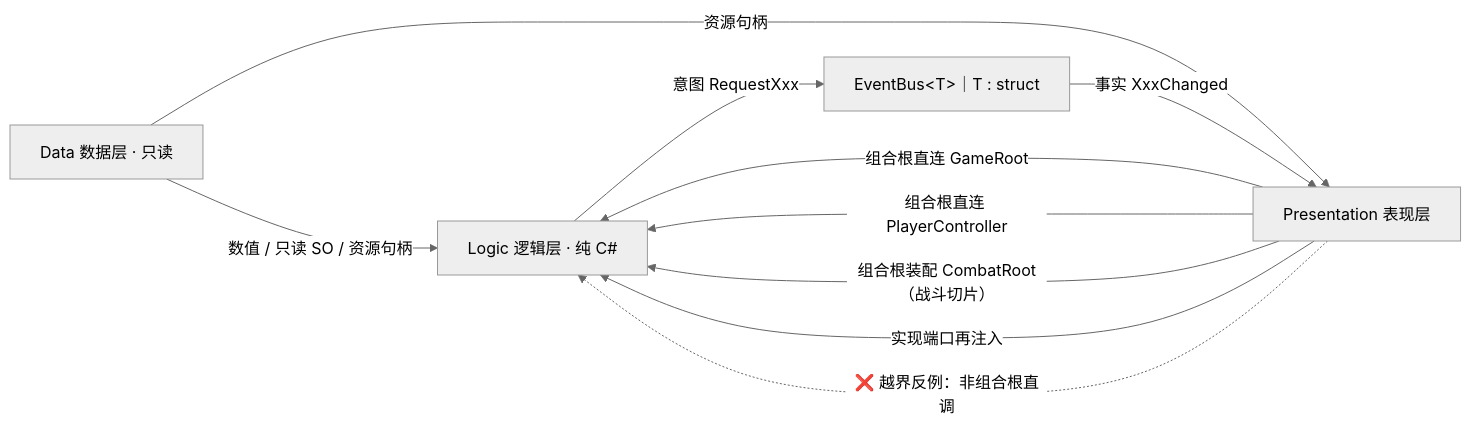
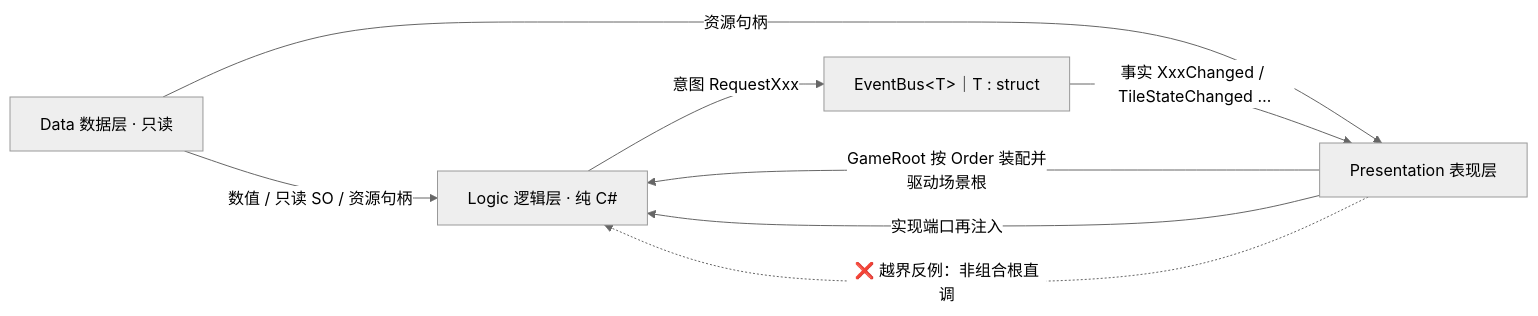
Before and after one commit to 5FYZhou/deepseaoil: the first of 3 diagrams in Docs/框架设计/框架蓝图.md, drawn with Mermaid (neutral theme). The commit also changed other lines of this file and 13 other files, not shown here.

````diff
--- a/Docs/框架设计/框架蓝图.md
+++ b/Docs/框架设计/框架蓝图.md
@@ -11,15 +12,13 @@
 ```mermaid
 flowchart LR
   D["Data 数据层 · 只读"]
   L["Logic 逻辑层 · 纯 C#"]
   P["Presentation 表现层"]
   D -->|"数值 / 只读 SO / 资源句柄"| L
   D -->|"资源句柄"| P
-  P -->|"组合根直连 GameRoot"| L
-  P -->|"组合根直连 PlayerController"| L
-  P -->|"组合根装配 CombatRoot（战斗切片）"| L
+  P -->|"GameRoot 按 Order 装配并驱动场景根"| L
   P -->|"实现端口再注入"| L
   P -.->|"❌ 越界反例：非组合根直调"| L
   L -->|"意图 RequestXxx"| EB["EventBus&lt;T&gt;｜T : struct"]
-  EB -->|"事实 XxxChanged"| P
+  EB -->|"事实 XxxChanged / TileStateChanged …"| P
 ```
````
